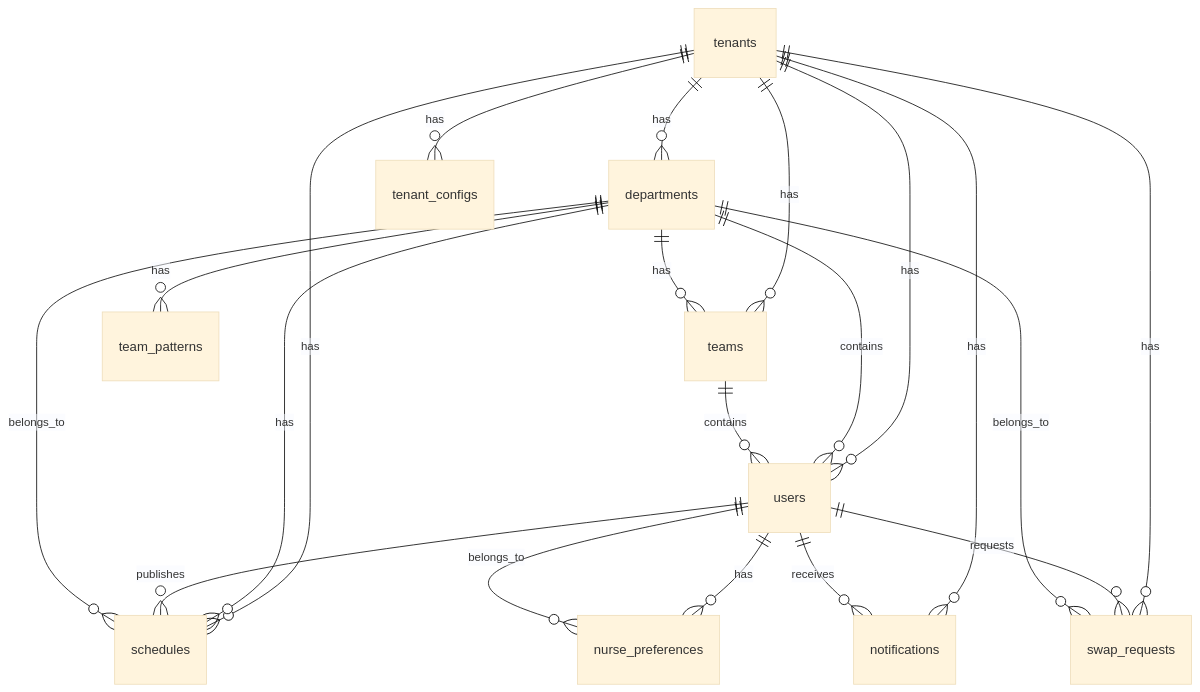
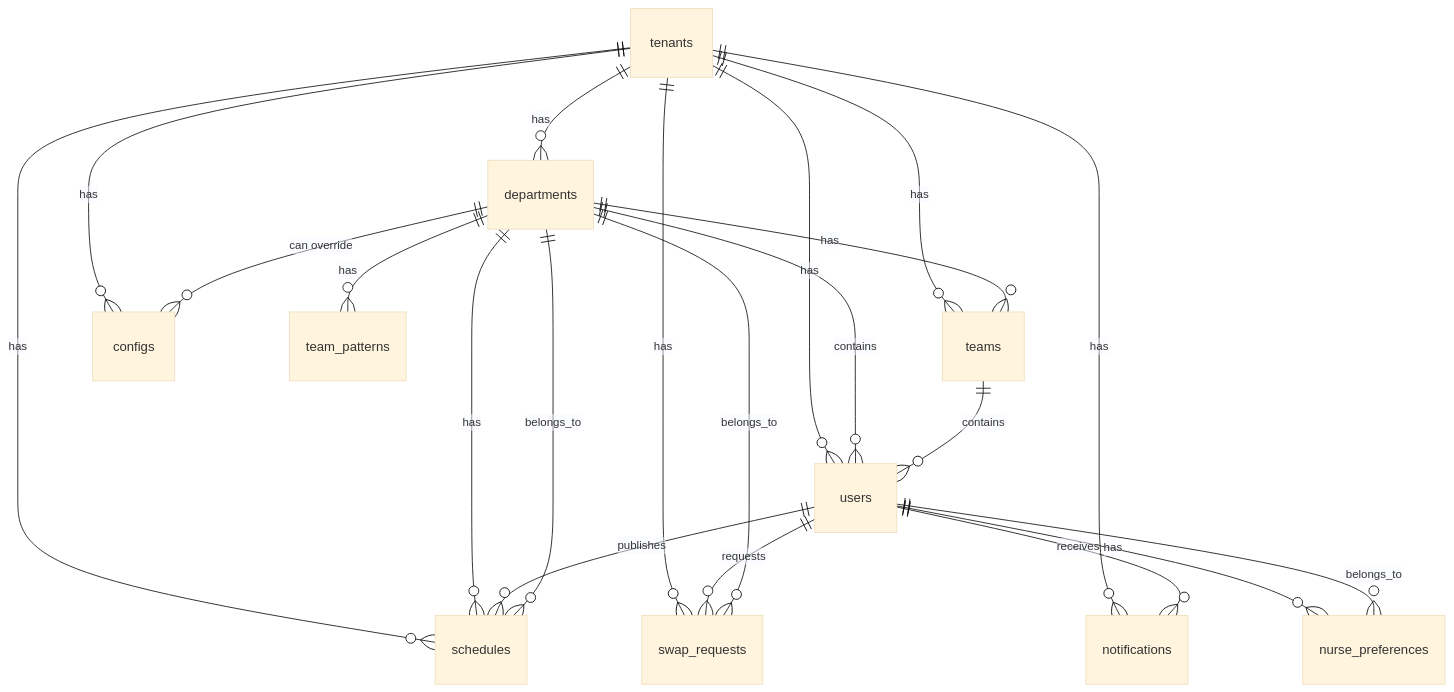
One commit to KNOCKYONG/shifteasy changed the diagram in docs/database/SCHEMA.md. Above: the diagram before and after it, drawn with Mermaid (base theme). The commit also changed other lines of this file and 18 other files, not shown here.

First line of the commit message:
refactor: Rename tenant_configs to configs and add department-level support

````diff
--- a/docs/database/SCHEMA.md
+++ b/docs/database/SCHEMA.md
@@ -585,26 +591,27 @@
 ```mermaid
 erDiagram
     tenants ||--o{ departments : has
     tenants ||--o{ users : has
     tenants ||--o{ schedules : has
     tenants ||--o{ notifications : has
     tenants ||--o{ swap_requests : has
     tenants ||--o{ teams : has
-    tenants ||--o{ tenant_configs : has
+    tenants ||--o{ configs : has
 
     departments ||--o{ users : contains
     departments ||--o{ schedules : has
     departments ||--o{ teams : has
     departments ||--o{ team_patterns : has
+    departments ||--o{ configs : "can override"
 
     teams ||--o{ users : contains
 
     users ||--o{ schedules : publishes
     users ||--o{ swap_requests : requests
     users ||--o{ notifications : receives
     users ||--o{ nurse_preferences : has
 
     schedules }o--|| departments : belongs_to
     swap_requests }o--|| departments : belongs_to
     nurse_preferences }o--|| users : belongs_to
 ```
````
